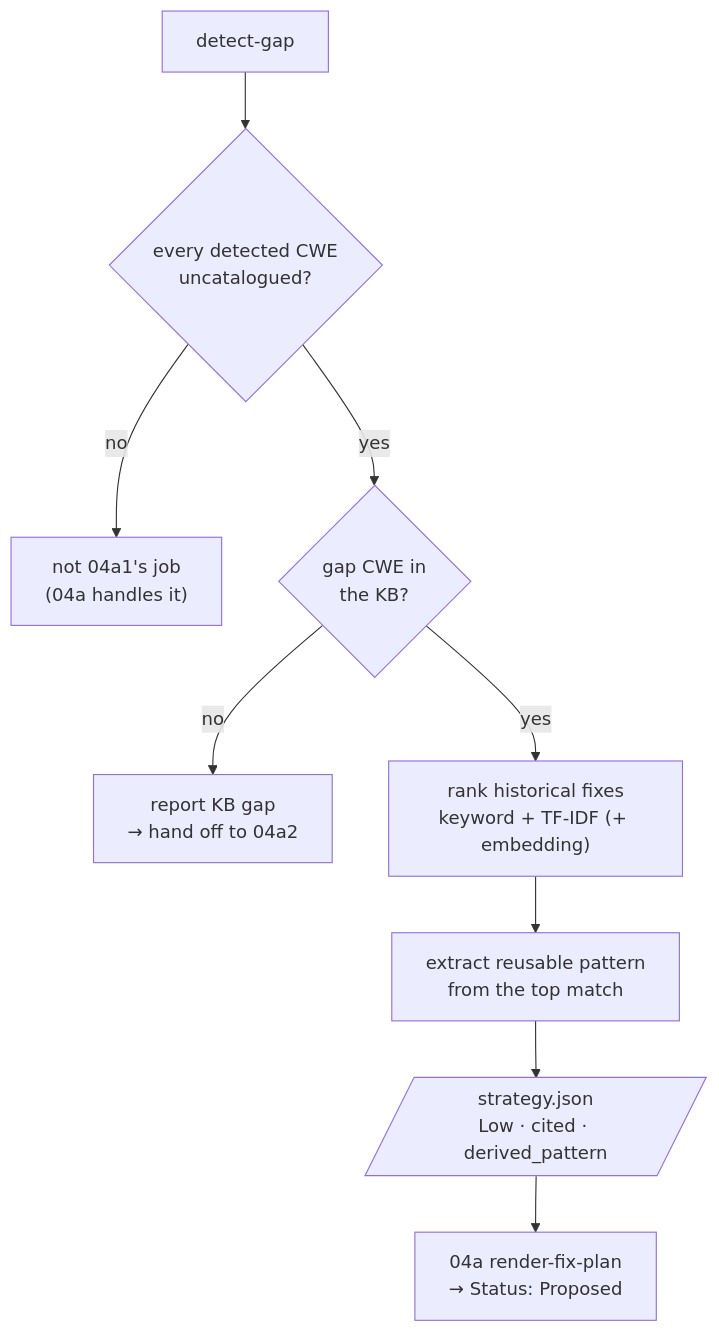
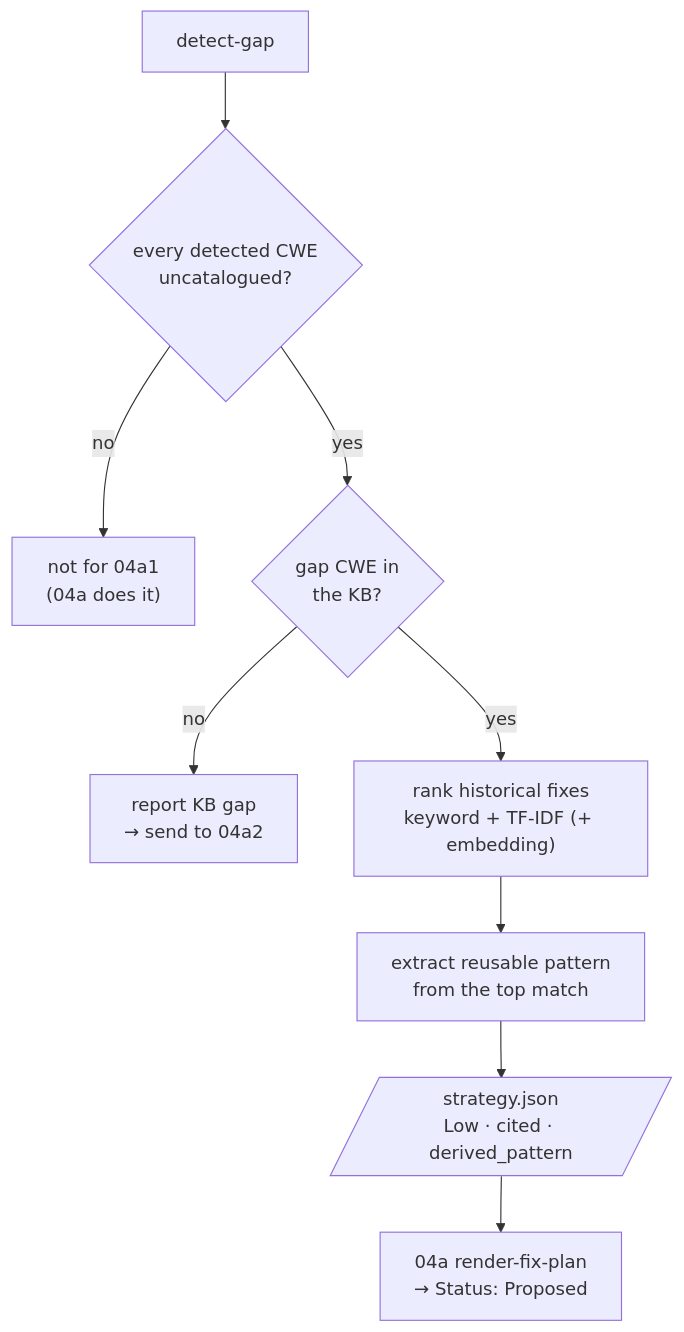
Diagram 19 of 31 in README.md (KrishnaAnnavaram/MARS), drawn with Mermaid before and after one commit. The commit also changed other lines of this file and 1 other file, not shown here.

````diff
--- a/README.md
+++ b/README.md
@@ -1150,11 +1215,11 @@
 ```mermaid
 flowchart TD
     D["detect-gap"] --> Q{"every detected CWE<br/>uncatalogued?"}
-    Q -->|no| STOP1["not 04a1's job<br/>(04a handles it)"]
+    Q -->|no| STOP1["not for 04a1<br/>(04a does it)"]
     Q -->|yes| K{"gap CWE in<br/>the KB?"}
-    K -->|no| KG["report KB gap<br/>→ hand off to 04a2"]
+    K -->|no| KG["report KB gap<br/>→ send to 04a2"]
     K -->|yes| R["rank historical fixes<br/>keyword + TF-IDF (+ embedding)"]
     R --> X["extract reusable pattern<br/>from the top match"]
     X --> S[/"strategy.json<br/>Low · cited · derived_pattern"/]
     S --> RN["04a render-fix-plan<br/>→ Status: Proposed"]
 ```
````
